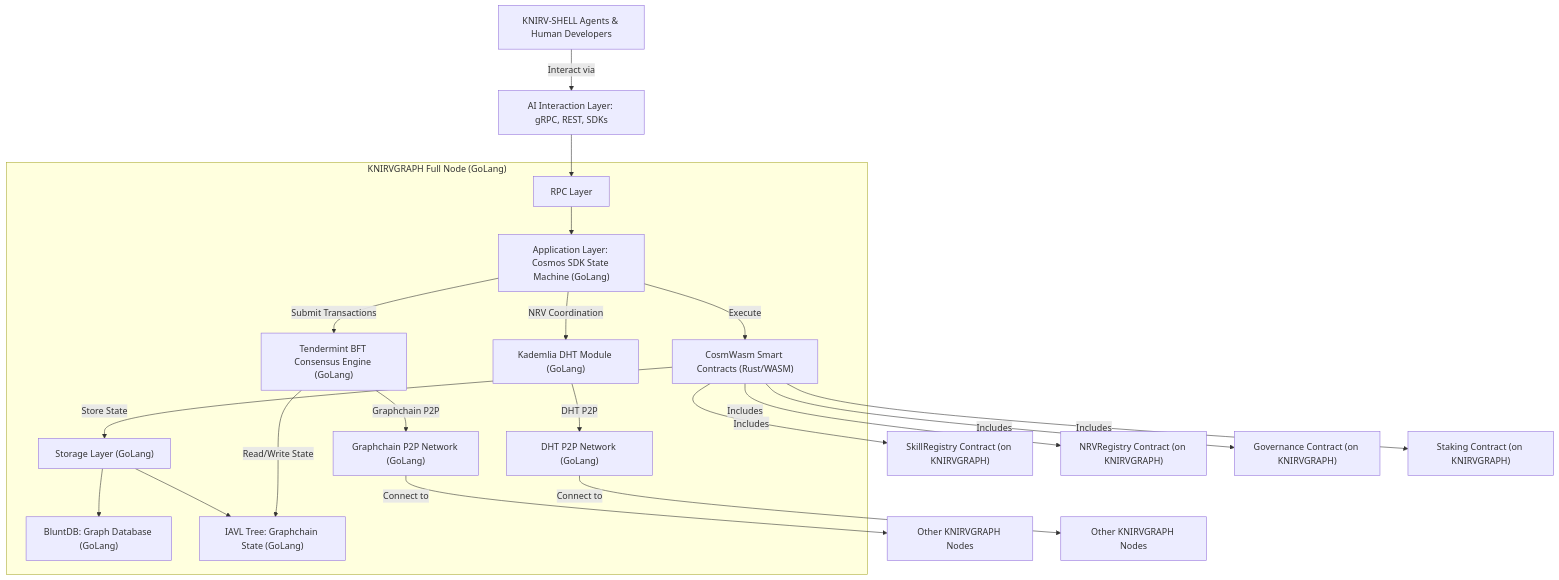
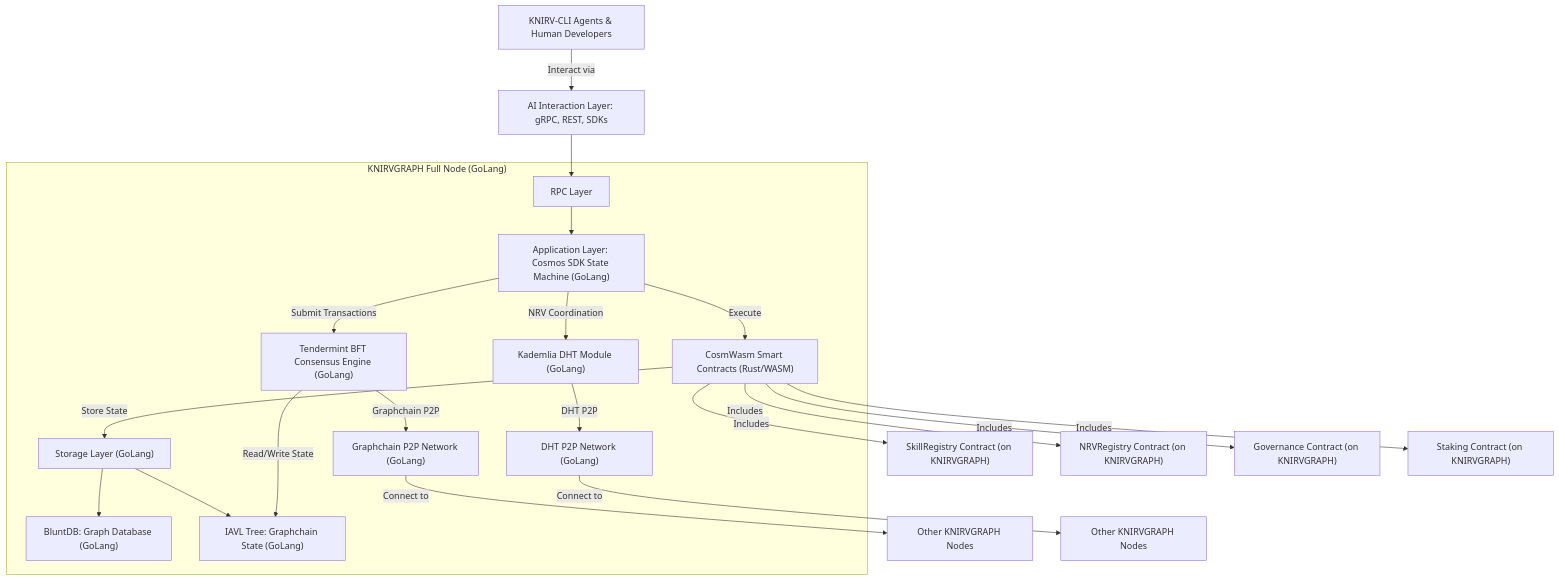
Before and after one commit to guiperry/KNIRV_NETWORK: the eighth of 9 diagrams in KNIRVGATEWAY/documentation/docsify/whitepapers/KNIRV-GRAPH_Whitepaper.md, drawn with Mermaid. The commit also changed other lines of this file and 1506 other files, not shown here.

````diff
--- a/KNIRVGATEWAY/documentation/docsify/whitepapers/KNIRV-GRAPH_Whitepaper.md
+++ b/KNIRVGATEWAY/documentation/docsify/whitepapers/KNIRV-GRAPH_Whitepaper.md
@@ -553,38 +553,38 @@
 ```mermaid
 graph TD
     %% External Users
-    Users[KNIRV-SHELL Agents & Human Developers] -- Interact via --> API[AI Interaction Layer: gRPC, REST, SDKs]
+    Users[KNIRV-CLI Agents & Human Developers] -- Interact via --> API[AI Interaction Layer: gRPC, REST, SDKs]
     API --> RPC[RPC Layer]
     
     subgraph KNIRVGRAPH_NODE["KNIRVGRAPH Full Node (GoLang)"]
         %% Application Layer (GoLang)
         RPC --> AppLayer["Application Layer: Cosmos SDK State Machine (GoLang)"]
         AppLayer -- Execute --> Contracts["CosmWasm Smart Contracts (Rust/WASM)"]
         Contracts -- Store State --> Storage["Storage Layer (GoLang)"]
         
         %% Storage Components (GoLang)
         Storage --> BluntDB["BluntDB: Graph Database (GoLang)"]
         Storage --> IAVL["IAVL Tree: Graphchain State (GoLang)"]
         
         %% Consensus Layer (GoLang)
         AppLayer -- Submit Transactions --> Tendermint["Tendermint BFT Consensus Engine (GoLang)"]
         Tendermint -- Read/Write State --> IAVL
         
         %% DHT Layer (GoLang)
         AppLayer -- NRV Coordination --> Kademlia["Kademlia DHT Module (GoLang)"]
         
         %% Network Layers (GoLang)
         Tendermint -- Graphchain P2P --> KGBCNetwork["Graphchain P2P Network (GoLang)"]
         Kademlia -- DHT P2P --> DHTNetwork["DHT P2P Network (GoLang)"]
     end
     
     %% External Node Connections
     KGBCNetwork -- Connect to --> OtherKGNodes[Other KNIRVGRAPH Nodes]
     DHTNetwork -- Connect to --> OtherDHTNodes[Other KNIRVGRAPH Nodes]
     
     %% Smart Contract Types (CosmWasm)
     Contracts -- Includes --> SkillRegistry["SkillRegistry Contract (on KNIRVGRAPH)"]
     Contracts -- Includes --> NRVRegistry["NRVRegistry Contract (on KNIRVGRAPH)"]
     Contracts -- Includes --> Governance["Governance Contract (on KNIRVGRAPH)"]
     Contracts -- Includes --> Staking["Staking Contract (on KNIRVGRAPH)"]
 ```
````
